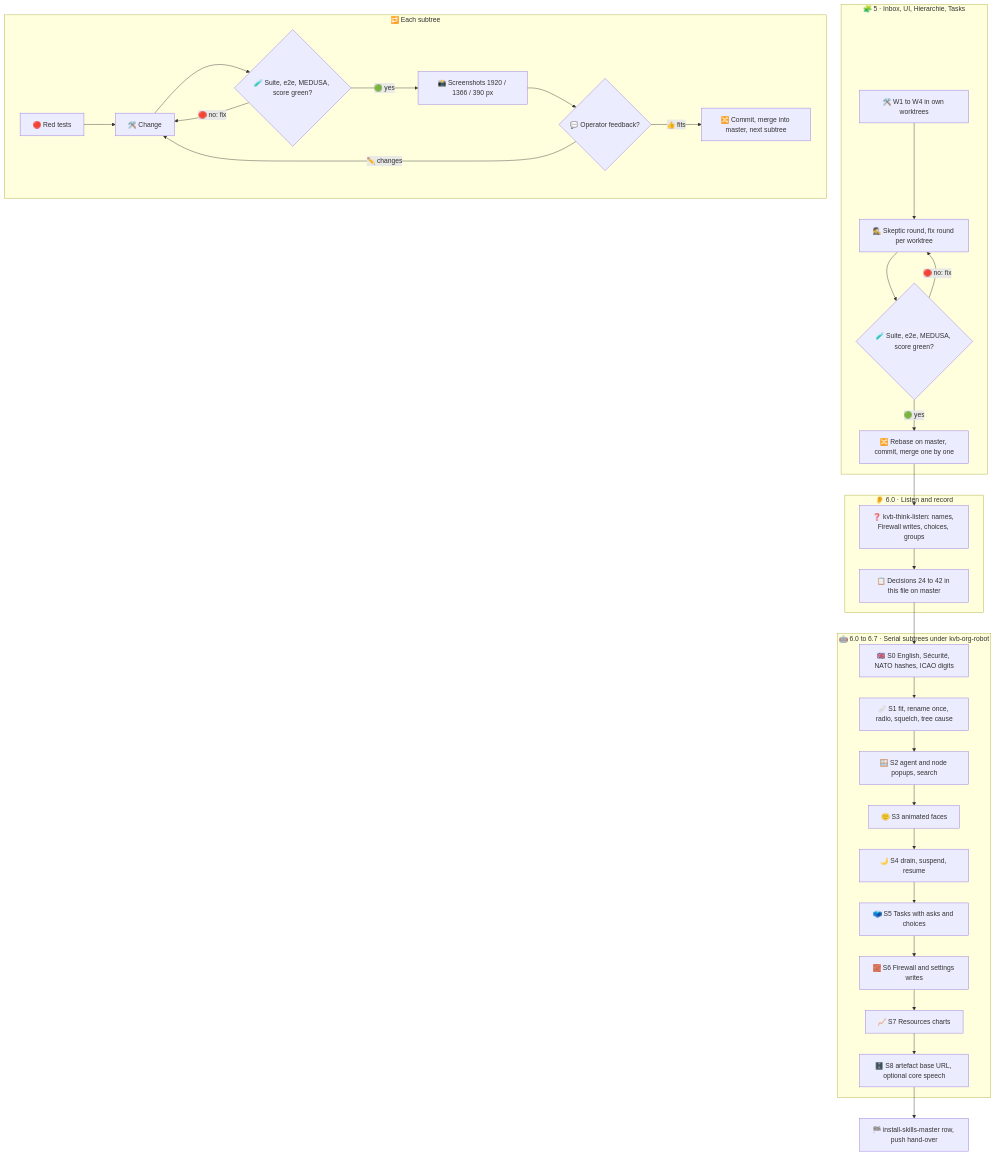
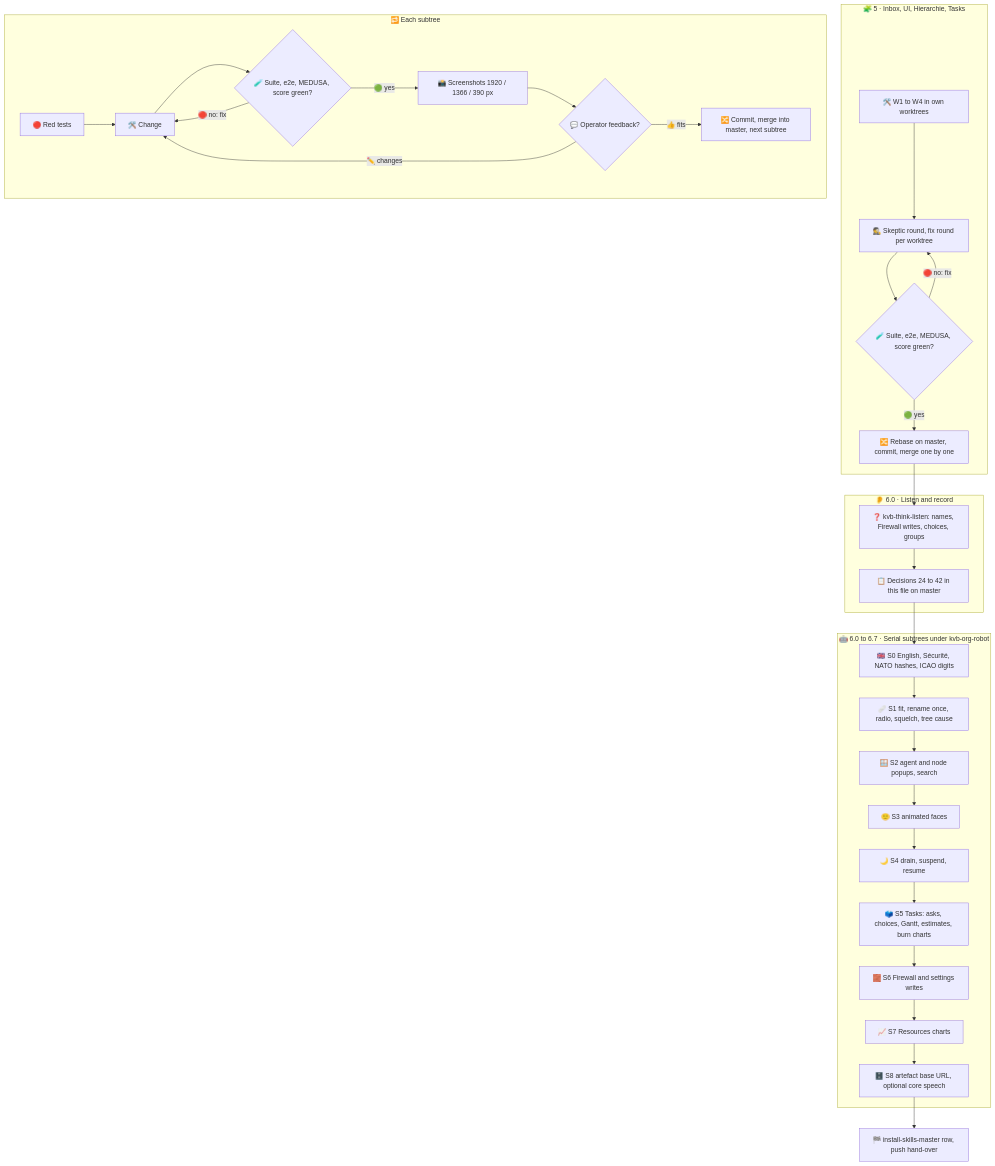
One commit to kevinveenbirkenbach/skills changed the second of 2 diagrams in docs/requirements/001-agent-orchestrator.md. Above: the diagram before and after it, drawn with Mermaid. The commit also changed other lines of this file, not shown here.

First line of the commit message:
docs(requirements): add Gantt, estimates and burn charts to 001 S5

````diff
--- a/docs/requirements/001-agent-orchestrator.md
+++ b/docs/requirements/001-agent-orchestrator.md
@@ -284,34 +325,34 @@
 ```mermaid
 flowchart TD
     subgraph W["🧩 5 · Inbox, UI, Hierarchie, Tasks"]
         W1["🛠️ W1 to W4 in own worktrees"] --> W2["🕵️ Skeptic round, fix round per worktree"]
         W2 --> W3{"🧪 Suite, e2e, MEDUSA, score green?"}
         W3 -- "🔴 no: fix" --> W2
         W3 -- "🟢 yes" --> W4["🔀 Rebase on master, commit, merge one by one"]
     end
     W4 --> L1
     subgraph L["👂 6.0 · Listen and record"]
         L1["❓ kvb-think-listen: names, Firewall writes, choices, groups"] --> L2["📋 Decisions 24 to 42 in this file on master"]
     end
     L2 --> S0
     subgraph S["🤖 6.0 to 6.7 · Serial subtrees under kvb-org-robot"]
         S0["🇬🇧 S0 English, Sécurité, NATO hashes, ICAO digits"] --> S1["🩹 S1 fit, rename once, radio, squelch, tree cause"]
         S1 --> S2["🪟 S2 agent and node popups, search"]
         S2 --> S3["🙂 S3 animated faces"]
         S3 --> S4["🌙 S4 drain, suspend, resume"]
-        S4 --> S5["🗳️ S5 Tasks with asks and choices"]
+        S4 --> S5["🗳️ S5 Tasks: asks, choices, Gantt, estimates, burn charts"]
         S5 --> S6["🧱 S6 Firewall and settings writes"]
         S6 --> S7["📈 S7 Resources charts"]
         S7 --> S8["🗄️ S8 artefact base URL, optional core speech"]
     end
     subgraph G["🔁 Each subtree"]
         G1["🔴 Red tests"] --> G2["🛠️ Change"]
         G2 --> G3{"🧪 Suite, e2e, MEDUSA, score green?"}
         G3 -- "🔴 no: fix" --> G2
         G3 -- "🟢 yes" --> G4["📸 Screenshots 1920 / 1366 / 390 px"]
         G4 --> GF{"💬 Operator feedback?"}
         GF -- "✏️ changes" --> G2
         GF -- "👍 fits" --> G5["🔀 Commit, merge into master, next subtree"]
     end
     S8 --> D2["🏁 install-skills-master row, push hand-over"]
 ```
````
